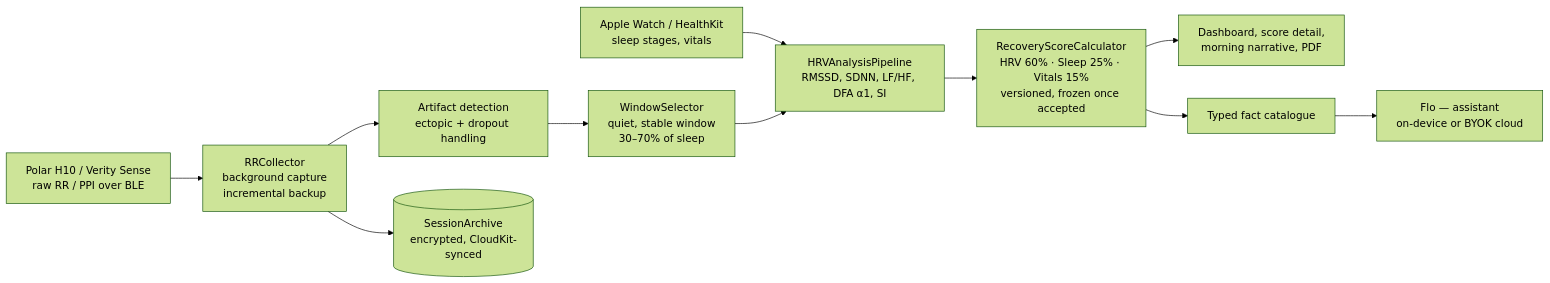
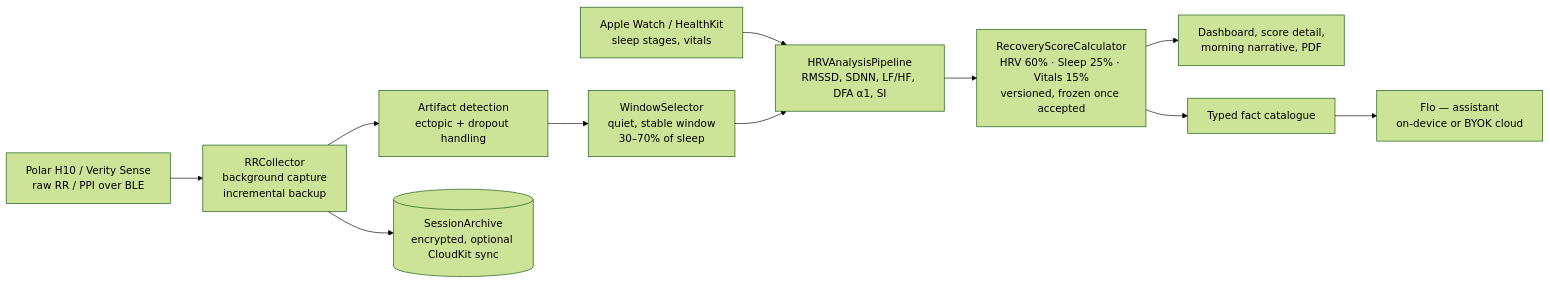
One commit to chrissharp80/emuqu changed the diagram in README.md. Above: the diagram before and after it, drawn with Mermaid (forest theme). The commit also changed other lines of this file and 199 other files, not shown here.

````diff
--- a/README.md
+++ b/README.md
@@ -108,13 +108,13 @@
 ```mermaid
 flowchart LR
     strap[Polar H10 / Verity Sense<br/>raw RR / PPI over BLE] --> collector[RRCollector<br/>background capture<br/>incremental backup]
     watch[Apple Watch / HealthKit<br/>sleep stages, vitals] --> pipeline
     collector --> artifacts[Artifact detection<br/>ectopic + dropout handling]
     artifacts --> window[WindowSelector<br/>quiet, stable window<br/>30–70% of sleep]
     window --> pipeline[HRVAnalysisPipeline<br/>RMSSD, SDNN, LF/HF, DFA α1, SI]
     pipeline --> score[RecoveryScoreCalculator<br/>HRV 60% · Sleep 25% · Vitals 15%<br/>versioned, frozen once accepted]
     score --> views[Dashboard, score detail,<br/>morning narrative, PDF]
     score --> facts[Typed fact catalogue]
     facts --> flo[Flo — assistant<br/>on-device or BYOK cloud]
-    collector --> archive[(SessionArchive<br/>encrypted, CloudKit-synced)]
+    collector --> archive[(SessionArchive<br/>encrypted, optional CloudKit sync)]
 ```
````
